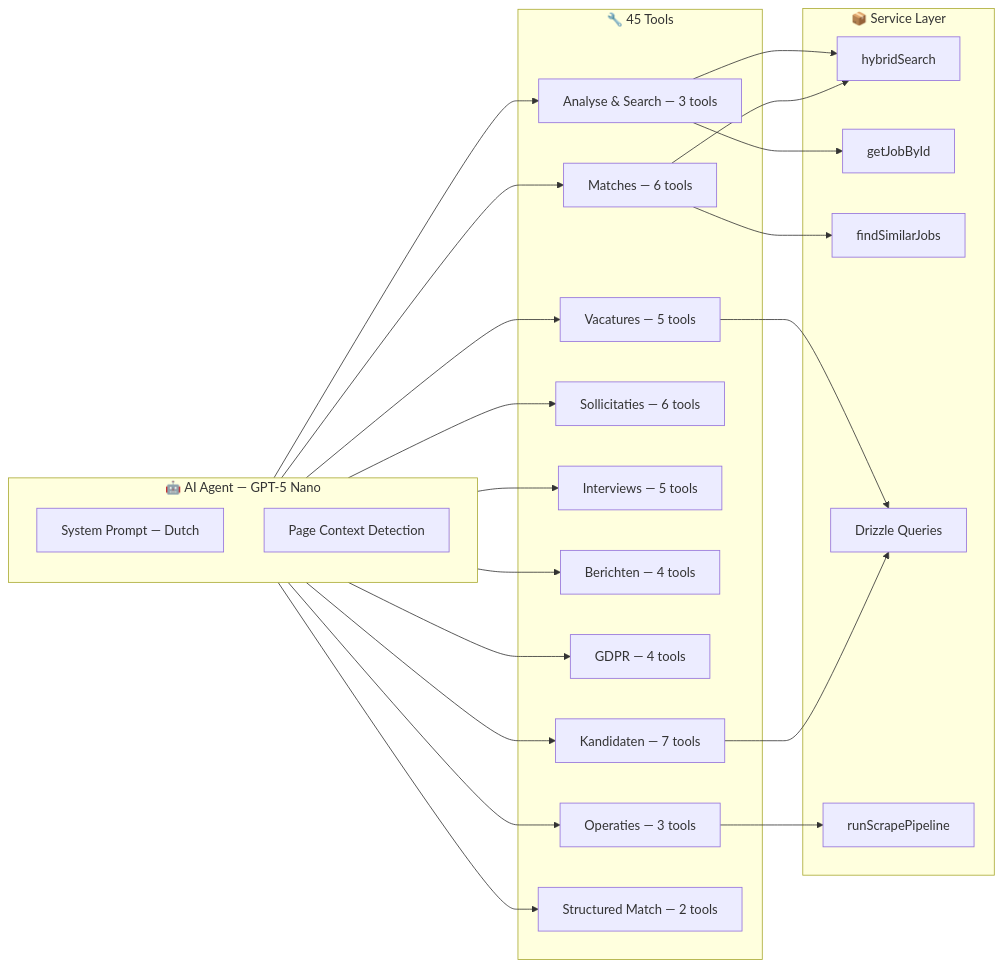
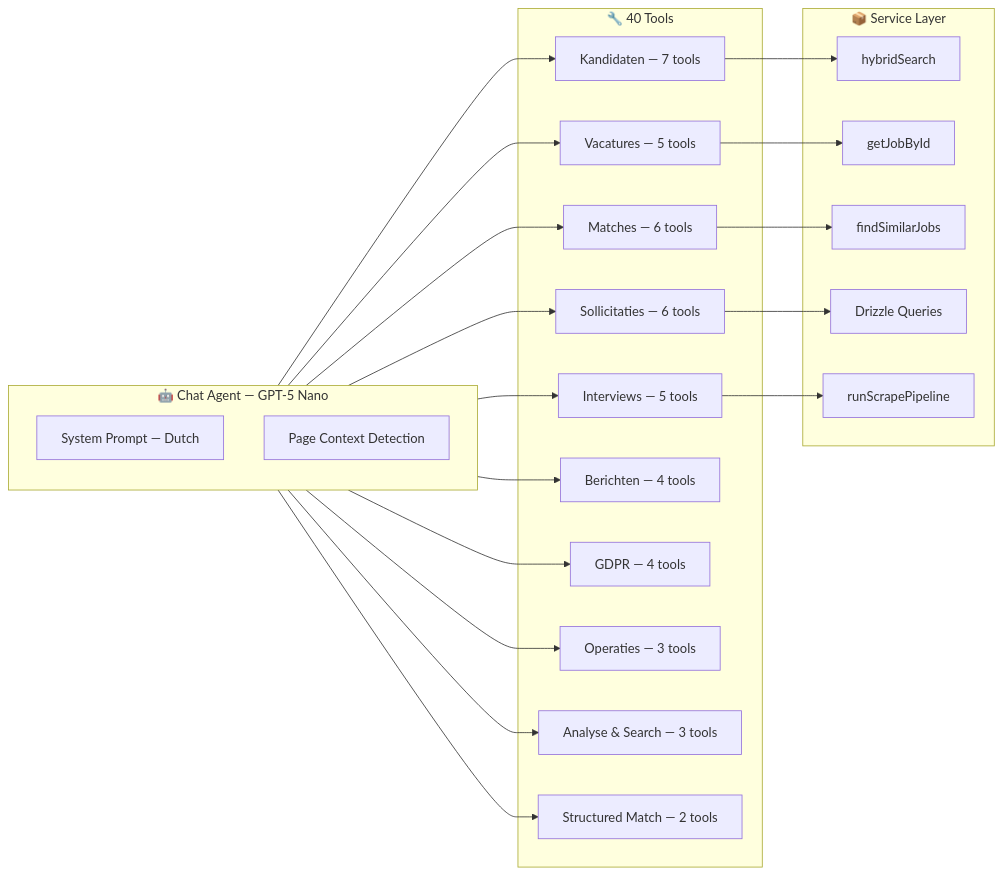
The fourth of 12 diagrams in README.en.md (RyanLisse/motian), drawn with Mermaid before and after one commit. The commit also changed other lines of this file and 9 other files, not shown here.

````diff
--- a/README.en.md
+++ b/README.en.md
@@ -149,46 +203,39 @@
 ```mermaid
 graph LR
-    subgraph Agent["🤖 AI Agent — GPT-5 Nano"]
+    subgraph Agent["🤖 Chat Agent — GPT-5 Nano"]
         SYS[System Prompt — Dutch]
         CTX[Page Context Detection]
     end
 
-    subgraph Tools["🔧 45 Tools"]
+    subgraph Tools["🔧 40 Tools"]
         T1[Kandidaten — 7 tools]
         T2[Vacatures — 5 tools]
         T3[Matches — 6 tools]
         T4[Sollicitaties — 6 tools]
         T5[Interviews — 5 tools]
         T6[Berichten — 4 tools]
         T7[GDPR — 4 tools]
         T8[Operaties — 3 tools]
         T9[Analyse & Search — 3 tools]
         T10[Structured Match — 2 tools]
     end
 
     subgraph Services["📦 Service Layer"]
         S1[hybridSearch]
         S2[getJobById]
         S3[findSimilarJobs]
         S4[Drizzle Queries]
         S5[runScrapePipeline]
     end
 
-    Agent --> T1
-    Agent --> T2
-    Agent --> T3
-    Agent --> T4
-    Agent --> T5
+    Agent --> T1 --> S1
+    Agent --> T2 --> S2
+    Agent --> T3 --> S3
+    Agent --> T4 --> S4
+    Agent --> T5 --> S5
     Agent --> T6
     Agent --> T7
     Agent --> T8
     Agent --> T9
     Agent --> T10
-    T1 --> S4
-    T2 --> S4
-    T3 --> S1
-    T3 --> S3
-    T8 --> S5
-    T9 --> S1
-    T9 --> S2
 ```
````
